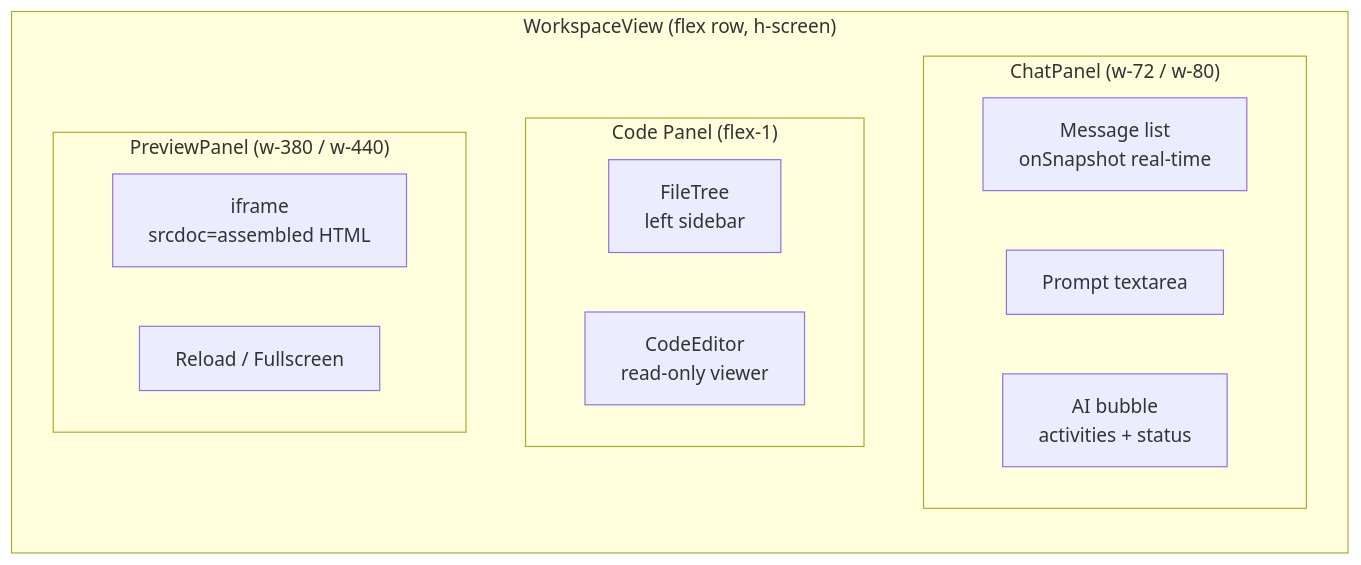
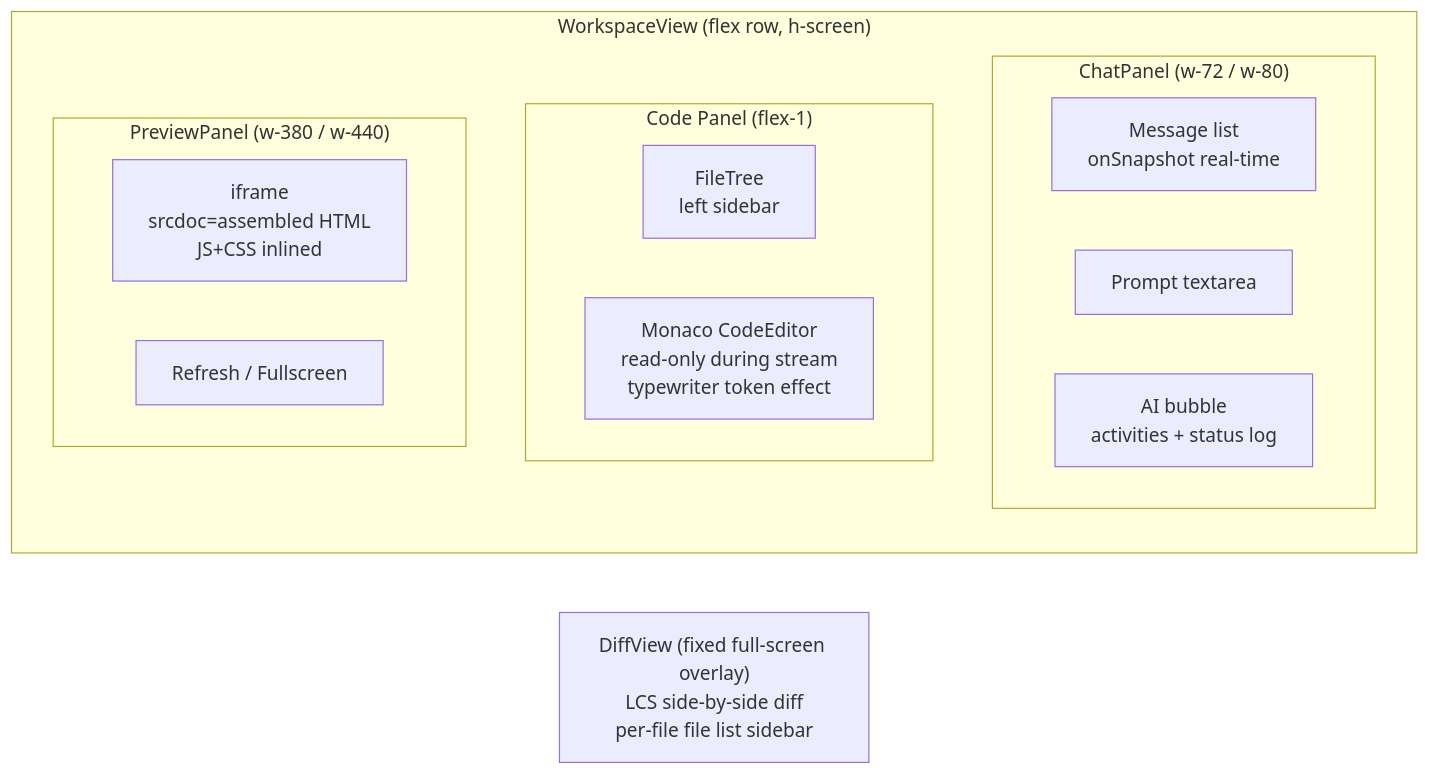
One commit to kd399/genesis changed the third of 17 diagrams in docs/genesis-architecture.md. Above: the diagram before and after it, drawn with Mermaid. The commit also changed other lines of this file and 6 other files, not shown here.

````diff
--- a/docs/genesis-architecture.md
+++ b/docs/genesis-architecture.md
@@ -218,18 +227,20 @@
 ```mermaid
 graph LR
     subgraph WorkspaceView["WorkspaceView (flex row, h-screen)"]
         subgraph ChatCol["ChatPanel (w-72 / w-80)"]
             MsgList[Message list\nonSnapshot real-time]
             Prompt[Prompt textarea]
-            BubbleAI[AI bubble\nactivities + status]
+            BubbleAI[AI bubble\nactivities + status log]
         end
         subgraph CodeCol["Code Panel (flex-1)"]
             FileTree[FileTree\nleft sidebar]
-            CodeEditor[CodeEditor\nread-only viewer]
+            CodeEditor[Monaco CodeEditor\nread-only during stream\ntypewriter token effect]
         end
         subgraph PreviewCol["PreviewPanel (w-380 / w-440)"]
-            IFrame["iframe\nsrcdoc=assembled HTML"]
-            ReloadBtn[Reload / Fullscreen]
+            IFrame["iframe\nsrcdoc=assembled HTML\nJS+CSS inlined"]
+            ReloadBtn[Refresh / Fullscreen]
         end
     end
+
+    DiffView["DiffView (fixed full-screen overlay)\nLCS side-by-side diff\nper-file file list sidebar"]
 ```
````
